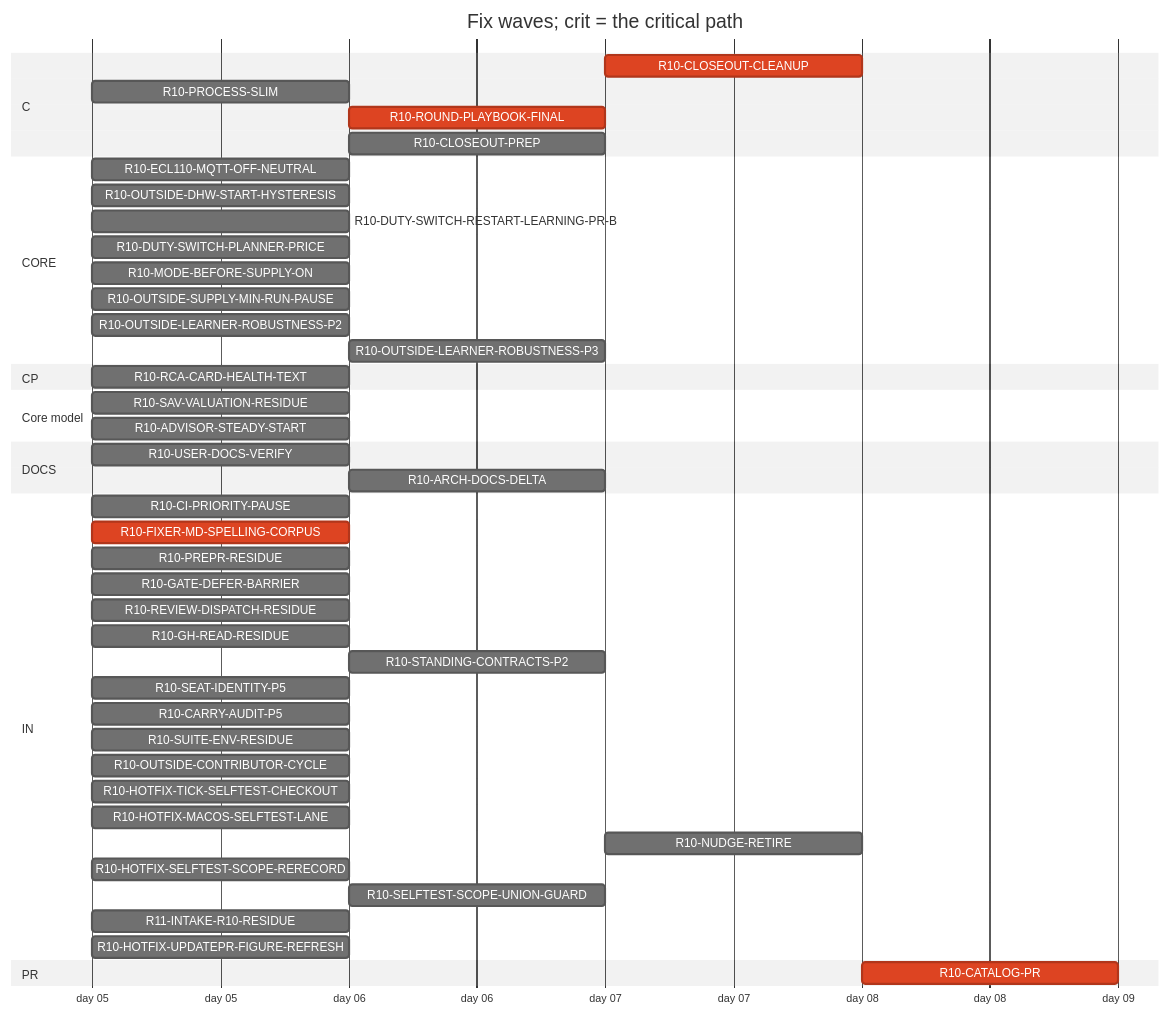
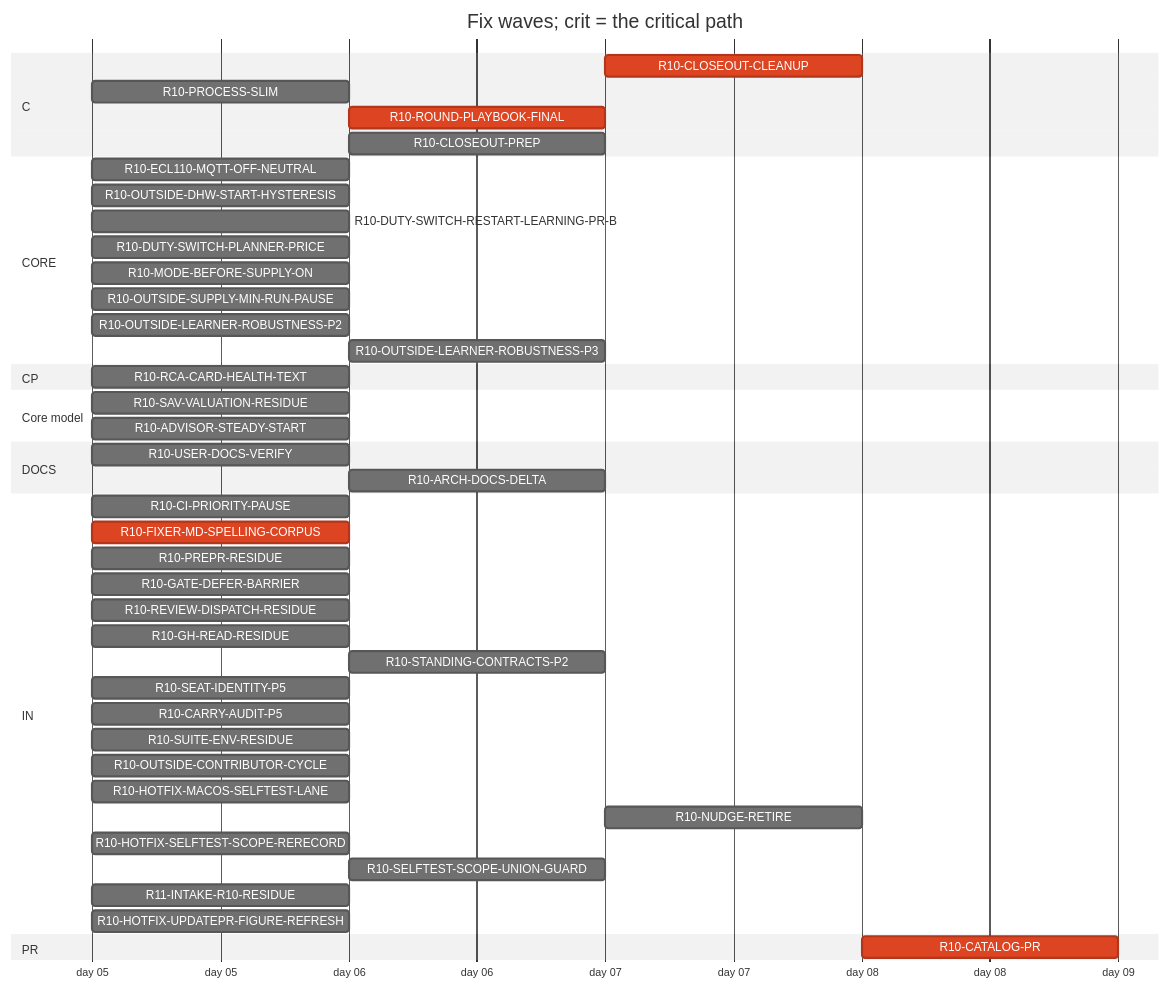
Before and after one commit to tvofi/heatpump_optimizer: the diagram in handoff/round10/state/PLAN-TABLE.md, drawn with Mermaid (neutral theme). The commit also changed other lines of this file and 1 other file, not shown here.

Commit message:
state: FLOW-BOARD.md, NEXT-SESSION-PROMPT.md, PLAN-TABLE.md, RESUME-CURRENT.md regenerated (state_docs.py)

````diff
--- a/handoff/round10/state/PLAN-TABLE.md
+++ b/handoff/round10/state/PLAN-TABLE.md
@@ -20,49 +20,48 @@
 ```mermaid
 gantt
   title Fix waves; crit = the critical path
   dateFormat YYYY-MM-DD
   axisFormat day %d
   section C
     R10-CLOSEOUT-CLEANUP :crit, r10CLOSEOUTCLEANUP, after r10USERDOCSVERIFY r10ROUNDPLAYBOOKFINAL r10CLOSEOUTPREP r10ARCHDOCSDELTA, 1d
     R10-PROCESS-SLIM :r10PROCESSSLIM, 2026-01-05, 1d
     R10-ROUND-PLAYBOOK-FINAL :crit, r10ROUNDPLAYBOOKFINAL, after r10FIXERMDSPELLINGCORPUS, 1d
     R10-CLOSEOUT-PREP :r10CLOSEOUTPREP, after r10FIXERMDSPELLINGCORPUS, 1d
   section CORE
     R10-ECL110-MQTT-OFF-NEUTRAL :r10ECL110MQTTOFFNEUTRAL, 2026-01-05, 1d
     R10-OUTSIDE-DHW-START-HYSTERESIS :r10OUTSIDEDHWSTARTHYSTERESIS, 2026-01-05, 1d
     R10-DUTY-SWITCH-RESTART-LEARNING-PR-B :r10DUTYSWITCHRESTARTLEARNINGPRB, 2026-01-05, 1d
     R10-DUTY-SWITCH-PLANNER-PRICE :r10DUTYSWITCHPLANNERPRICE, 2026-01-05, 1d
     R10-MODE-BEFORE-SUPPLY-ON :r10MODEBEFORESUPPLYON, 2026-01-05, 1d
     R10-OUTSIDE-SUPPLY-MIN-RUN-PAUSE :r10OUTSIDESUPPLYMINRUNPAUSE, 2026-01-05, 1d
     R10-OUTSIDE-LEARNER-ROBUSTNESS-P2 :r10OUTSIDELEARNERROBUSTNESSP2, 2026-01-05, 1d
     R10-OUTSIDE-LEARNER-ROBUSTNESS-P3 :r10OUTSIDELEARNERROBUSTNESSP3, after r10OUTSIDELEARNERROBUSTNESSP2, 1d
   section CP
     R10-RCA-CARD-HEALTH-TEXT :r10RCACARDHEALTHTEXT, 2026-01-05, 1d
   section Core model
     R10-SAV-VALUATION-RESIDUE :r10SAVVALUATIONRESIDUE, 2026-01-05, 1d
     R10-ADVISOR-STEADY-START :r10ADVISORSTEADYSTART, 2026-01-05, 1d
   section DOCS
     R10-USER-DOCS-VERIFY :r10USERDOCSVERIFY, 2026-01-05, 1d
     R10-ARCH-DOCS-DELTA :r10ARCHDOCSDELTA, after r10SAVVALUATIONRESIDUE r10ADVISORSTEADYSTART r10PROCESSSLIM, 1d
   section IN
     R10-CI-PRIORITY-PAUSE :r10CIPRIORITYPAUSE, 2026-01-05, 1d
     R10-FIXER-MD-SPELLING-CORPUS :crit, r10FIXERMDSPELLINGCORPUS, 2026-01-05, 1d
     R10-PREPR-RESIDUE :r10PREPRRESIDUE, 2026-01-05, 1d
     R10-GATE-DEFER-BARRIER :r10GATEDEFERBARRIER, 2026-01-05, 1d
     R10-REVIEW-DISPATCH-RESIDUE :r10REVIEWDISPATCHRESIDUE, 2026-01-05, 1d
     R10-GH-READ-RESIDUE :r10GHREADRESIDUE, 2026-01-05, 1d
     R10-STANDING-CONTRACTS-P2 :r10STANDINGCONTRACTSP2, after r10FIXERMDSPELLINGCORPUS, 1d
     R10-SEAT-IDENTITY-P5 :r10SEATIDENTITYP5, 2026-01-05, 1d
     R10-CARRY-AUDIT-P5 :r10CARRYAUDITP5, 2026-01-05, 1d
     R10-SUITE-ENV-RESIDUE :r10SUITEENVRESIDUE, 2026-01-05, 1d
     R10-OUTSIDE-CONTRIBUTOR-CYCLE :r10OUTSIDECONTRIBUTORCYCLE, 2026-01-05, 1d
-    R10-HOTFIX-TICK-SELFTEST-CHECKOUT :r10HOTFIXTICKSELFTESTCHECKOUT, 2026-01-05, 1d
     R10-HOTFIX-MACOS-SELFTEST-LANE :r10HOTFIXMACOSSELFTESTLANE, 2026-01-05, 1d
     R10-NUDGE-RETIRE :r10NUDGERETIRE, after r10ROUNDPLAYBOOKFINAL, 1d
     R10-HOTFIX-SELFTEST-SCOPE-RERECORD :r10HOTFIXSELFTESTSCOPERERECORD, 2026-01-05, 1d
     R10-SELFTEST-SCOPE-UNION-GUARD :r10SELFTESTSCOPEUNIONGUARD, after r10HOTFIXSELFTESTSCOPERERECORD, 1d
     R11-INTAKE-R10-RESIDUE :r11INTAKER10RESIDUE, 2026-01-05, 1d
     R10-HOTFIX-UPDATEPR-FIGURE-REFRESH :r10HOTFIXUPDATEPRFIGUREREFRESH, 2026-01-05, 1d
   section PR
     R10-CATALOG-PR :crit, r10CATALOGPR, after r10USERDOCSVERIFY r10ROUNDPLAYBOOKFINAL r10CLOSEOUTCLEANUP r10CLOSEOUTPREP r10ARCHDOCSDELTA, 1d
 ```
````
